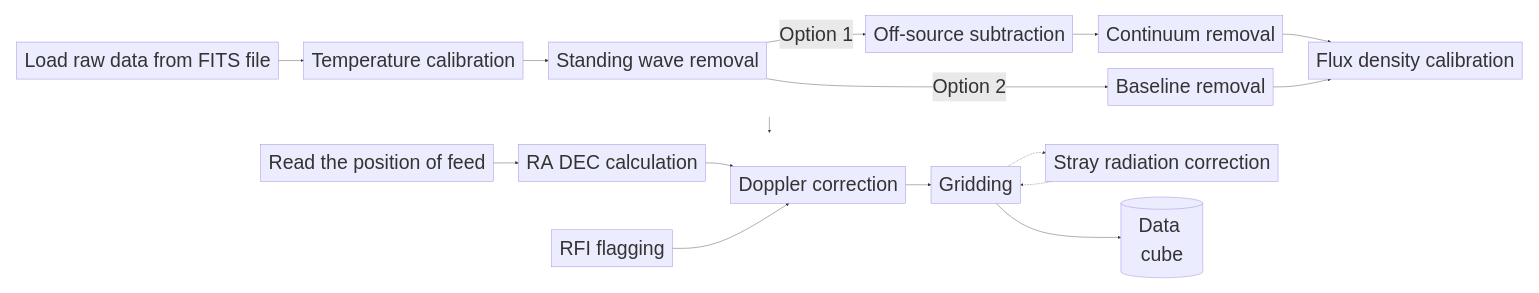
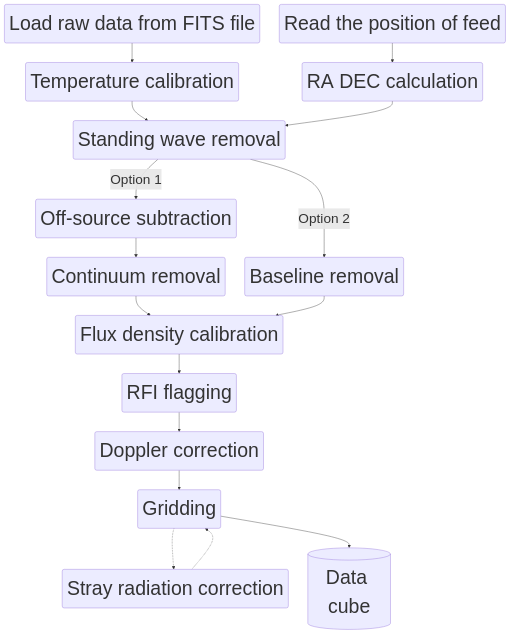
The diagram in docs/source/index.rst (jyingjie/hifast-docs), drawn with Mermaid before and after one commit.

Commit message:
Change flow

```diff
--- a/docs/source/index.rst
+++ b/docs/source/index.rst
@@ -22,62 +22,52 @@
 .. mermaid::
    :caption: This flowchart illustrates the standard data processing workflow in HiFAST, from raw data to final data cubes. While it shows a typical path, remember that these modules are adaptable for custom tasks. (Click on nodes to view detailed documentation)
 
-   %%{init: {'themeVariables': { 'fontSize': '50px'}, 'flowchart': {'nodeSpacing': 40, 'padding': 10, 'rankSpacing': 40, 'diagramPadding': 0}}}%%
+   %%{init: {'themeVariables': { 'fontSize': '35px'}, 'flowchart': {'nodeSpacing': 50, 'padding': 12, 'rankSpacing': 50, 'diagramPadding': 1}}}%%
    flowchart TB
       classDef default font-size:50px;
-      %% Define subgraphs to enforce stacked layout
-      subgraph TopRow [" "]
-         direction LR
-         Load["Load&nbsp;raw&nbsp;data&nbsp;from&nbsp;FITS&nbsp;file"]
-         Temp["Temperature&nbsp;calibration"]
-         Stand["Standing&nbsp;wave&nbsp;removal"]
-         Off["Off‑source&nbsp;subtraction"]
-         Cont["Continuum&nbsp;removal"]
-         Base["Baseline&nbsp;removal"]
-         Flux["Flux&nbsp;density&nbsp;calibration"]
+      
+      Load("Load&nbsp;raw&nbsp;data&nbsp;from&nbsp;FITS&nbsp;file")
+      Temp("Temperature&nbsp;calibration")
+      Stand("Standing&nbsp;wave&nbsp;removal")
+      Off("Off‑source&nbsp;subtraction")
+      Cont("Continuum&nbsp;removal")
+      Base("Baseline&nbsp;removal")
+      Flux("Flux&nbsp;density&nbsp;calibration")
 
-         Load --> Temp --> Stand
-         Stand -- Option 1 --> Off --> Cont --> Flux
-         Stand -- Option 2 --> Base --> Flux
-      end
+      Load --> Temp --> Stand
+      Stand -- Option 1 --> Off --> Cont --> Flux
+      Stand -- Option 2 --> Base --> Flux
 
-      subgraph BottomRow [" "]
-         direction LR
-         Pos["Read&nbsp;the&nbsp;position&nbsp;of&nbsp;feed"]
-         RADEC["RA&nbsp;DEC&nbsp;calculation"]
-         Doppler["Doppler&nbsp;correction"]
-         RFI["RFI&nbsp;flagging"]
-         Stray["Stray&nbsp;radiation&nbsp;correction"]
-         Grid[Gridding]
-         Cube[(Data cube)]
+      Pos("Read&nbsp;the&nbsp;position&nbsp;of&nbsp;feed")
+      RADEC("RA&nbsp;DEC&nbsp;calculation")
+      Doppler("Doppler&nbsp;correction")
+      RFI("RFI&nbsp;flagging")
+      Stray("Stray&nbsp;radiation&nbsp;correction")
+      Grid("Gridding")
+      Cube[(Data cube)]
 
-         Pos --> RADEC --> Doppler
-         RFI --> Doppler
-         Doppler --> Grid
-         Stray -.-> Grid
-         Grid -.-> Stray
-         Grid --> Cube
-      end
+      Pos --> RADEC --> Stand
+      RFI --> Doppler
+      Doppler --> Grid
+      Stray -.-> Grid
+      Grid -.-> Stray
+      Grid --> Cube
 
       %% Inter-row connection
       Flux --> RFI
-
-      %% Hide subgraph borders/titles
-      style TopRow fill:none,stroke:none
-      style BottomRow fill:none,stroke:none
 
       %% Links
       click Load "hifast.sep.html"
       click Temp "hifast.sep.html"
       click Stand "hifast.sw.html"
       click Off "hifast.ref.html"
       click Cont "hifast.bld.html"
       click Base "hifast.bld.html"
       click Flux "hifast.flux.html"
       click Pos "hifast.radec.html"
       click RADEC "hifast.radec.html"
       click Doppler "hifast.multi.html"
       click RFI "hifast.rfi.html"
       click Stray "hifast.sr.html"
       click Grid "hifast.cube.html"
       click Cube "hifast.cube.html"
```
